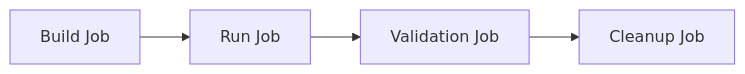
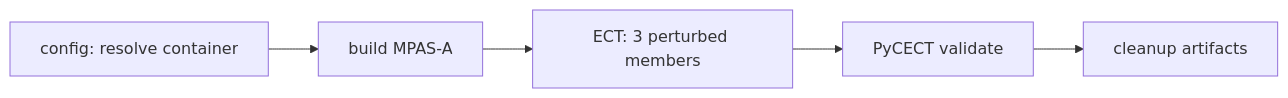
The diagram in docs/ci-cd.md (NCAR/contributors-MPAS-A), drawn with Mermaid before and after one commit. The commit also changed other lines of this file and 3 other files, not shown here.

First line of the commit message:
docs: sync CI/CD page with MPAS-Model-CI (ECT, BFB, releases, triggers)

````diff
--- a/docs/ci-cd.md
+++ b/docs/ci-cd.md
@@ -24,6 +39,7 @@
 ```mermaid
 graph LR
-    A[Build Job] --> B[Run Job]
-    B --> C[Validation Job]
-    C --> D[Cleanup Job]
+    A[config: resolve container] --> B[build MPAS-A]
+    B --> C[ECT: 3 perturbed members]
+    C --> D[PyCECT validate]
+    D --> E[cleanup artifacts]
 ```
````
